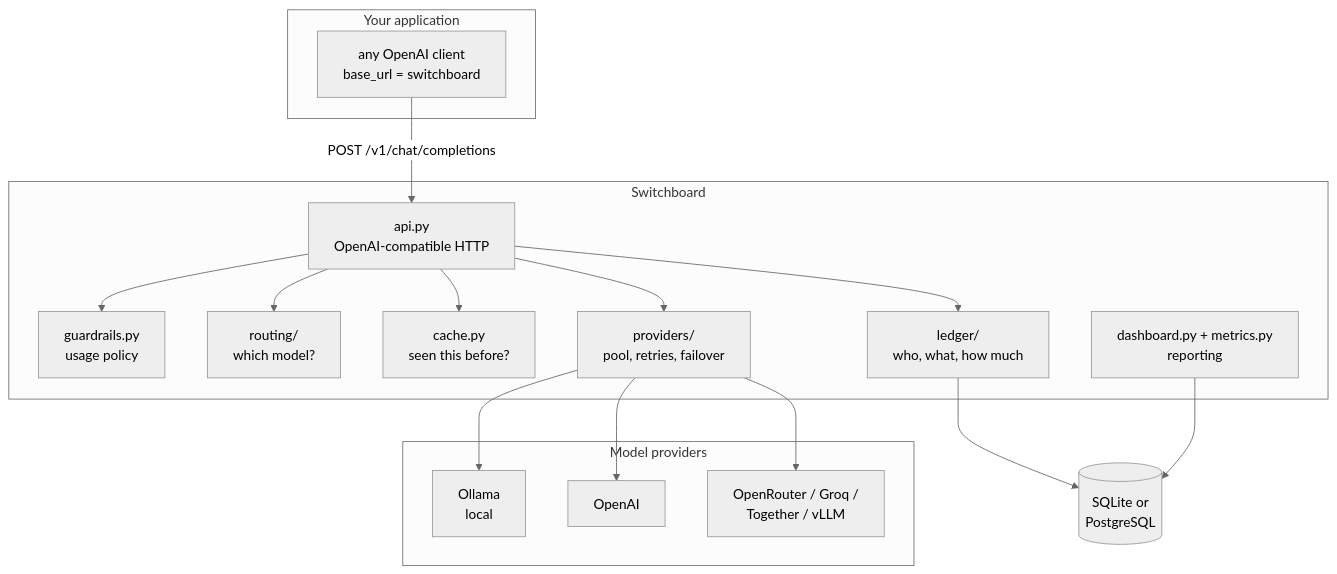
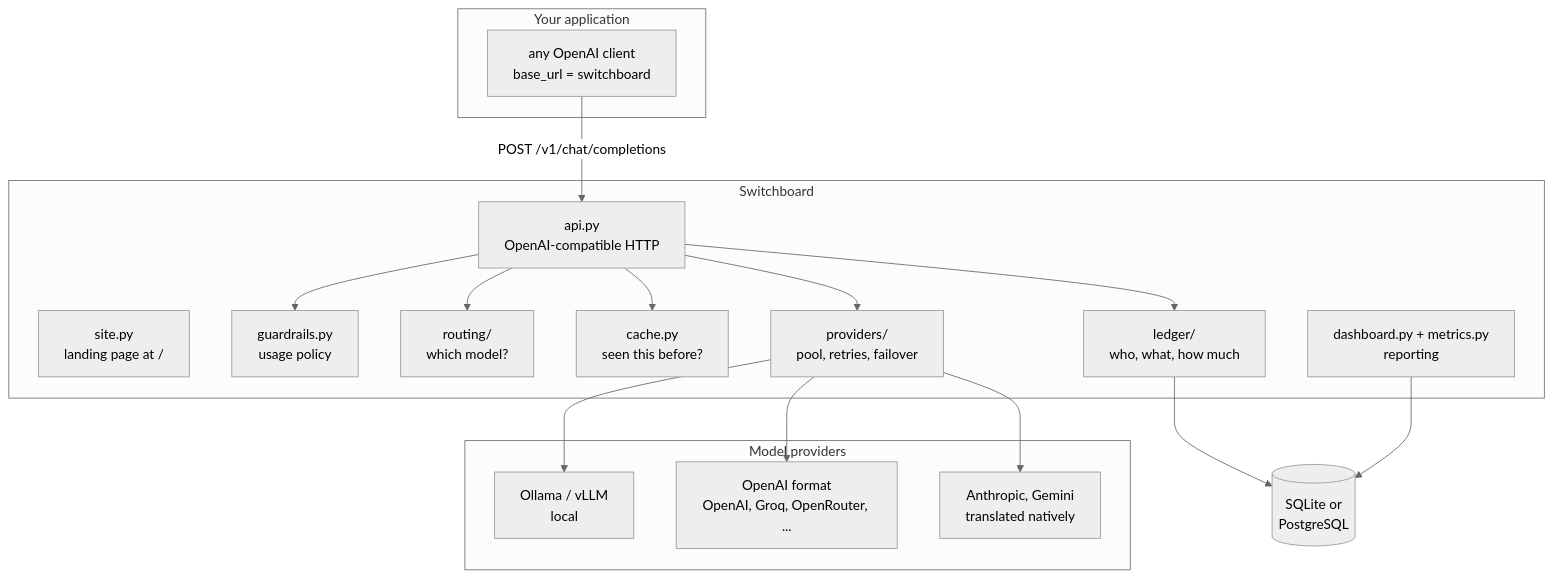
The first of 3 diagrams in docs/ARCHITECTURE.md (vbvansh/switchboard), drawn with Mermaid (neutral theme) before and after one commit. The commit also changed other lines of this file and 19 other files, not shown here.

Commit message:
Phase G: native Anthropic and Gemini adapters, model discovery. Phase H: public landing page and one-step deployment

````diff
--- a/docs/ARCHITECTURE.md
+++ b/docs/ARCHITECTURE.md
@@ -20,36 +20,37 @@
 ```mermaid
 flowchart TB
     subgraph client [Your application]
       APP["any OpenAI client<br/>base_url = switchboard"]
     end
 
     subgraph sb [Switchboard]
+      SITE["site.py<br/>landing page at /"]
       API["api.py<br/>OpenAI-compatible HTTP"]
       GUARD["guardrails.py<br/>usage policy"]
       ROUTE["routing/<br/>which model?"]
       CACHE["cache.py<br/>seen this before?"]
       POOL["providers/<br/>pool, retries, failover"]
       LEDGER["ledger/<br/>who, what, how much"]
       DASH["dashboard.py + metrics.py<br/>reporting"]
     end
 
     subgraph up [Model providers]
-      OLL["Ollama<br/>local"]
-      OAI["OpenAI"]
-      OR["OpenRouter / Groq /<br/>Together / vLLM"]
+      OLL["Ollama / vLLM<br/>local"]
+      OAI["OpenAI format<br/>OpenAI, Groq, OpenRouter, ..."]
+      NAT["Anthropic, Gemini<br/>translated natively"]
     end
 
     DB[("SQLite or<br/>PostgreSQL")]
 
     APP -->|POST /v1/chat/completions| API
     API --> GUARD
     API --> ROUTE
     API --> CACHE
     API --> POOL
     POOL --> OLL
     POOL --> OAI
-    POOL --> OR
+    POOL --> NAT
     API --> LEDGER
     LEDGER --> DB
     DASH --> DB
 ```
````
